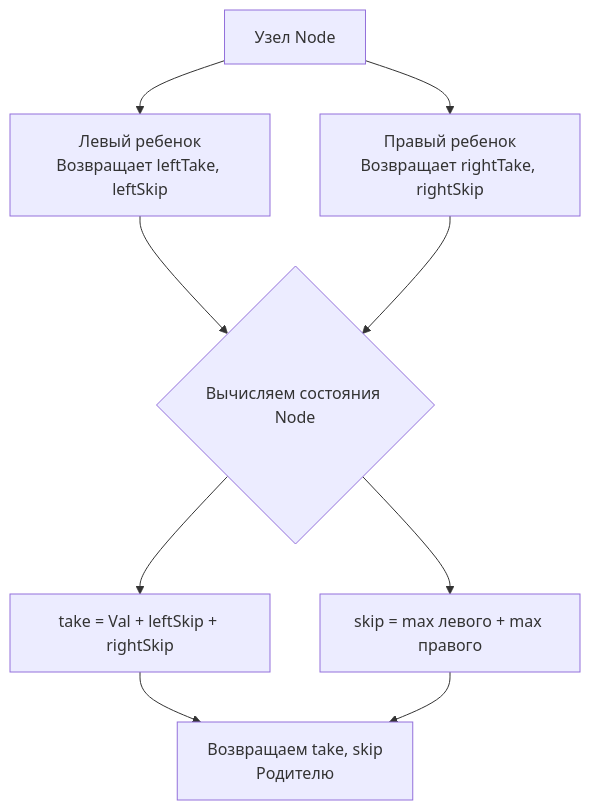
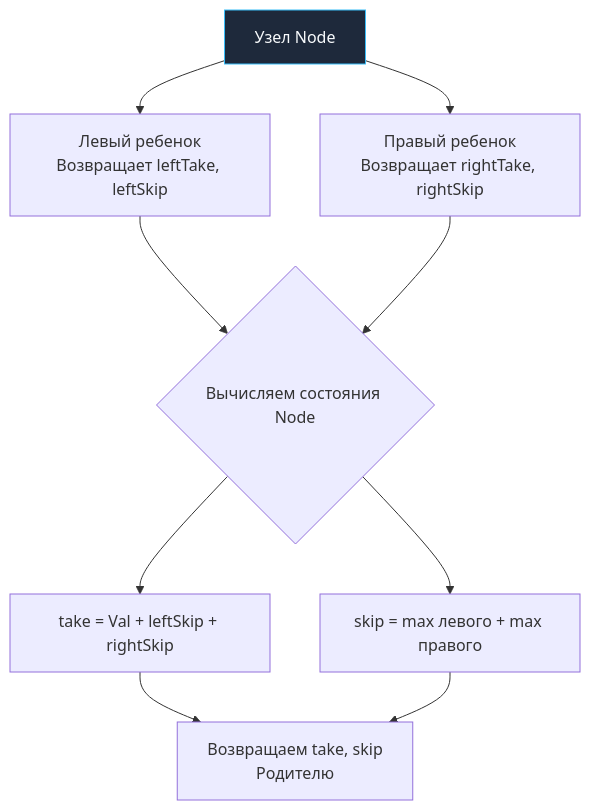
One commit to UnrealTemplier/go-textbook changed the diagram in sources/21. Задачи с LeetCode и собеседований на Go/02. Задачи/21. Динамическое программирование на деревьях/3. House Robber III.md. Above: the diagram before and after it, drawn with Mermaid. The commit also changed 1666 other files, not shown here.

First line of the commit message:
feat(mermaid): add semantic color classDef to 1369 colorless flowchart/graph diagrams

````diff
--- a/sources/21. Задачи с LeetCode и собеседований на Go/02. Задачи/21. Динамическое программирование на деревьях/3. House Robber III.md
+++ b/sources/21. Задачи с LeetCode и собеседований на Go/02. Задачи/21. Динамическое программирование на деревьях/3. House Robber III.md
@@ -79,14 +79,24 @@
 ```mermaid
 flowchart TD
-    A["Узел Node"] --> B["Левый ребенок<br>Возвращает leftTake, leftSkip"]
+    classDef process  fill:#1e293b,stroke:#38bdf8,stroke-width:1px,color:#f8fafc
+    classDef success  fill:#064e3b,stroke:#34d399,stroke-width:1px,color:#f8fafc
+    classDef error    fill:#7f1d1d,stroke:#f87171,stroke-width:1px,color:#f8fafc
+    classDef warning  fill:#78350f,stroke:#fbbf24,stroke-width:1px,color:#f8fafc
+    classDef entry    fill:#1e3a5f,stroke:#38bdf8,stroke-width:2px,color:#f8fafc
+    classDef aux      fill:#334155,stroke:#64748b,stroke-width:1px,color:#f8fafc
+    classDef system   fill:#312e81,stroke:#a78bfa,stroke-width:1px,color:#f8fafc
+    classDef data     fill:#132d29,stroke:#2dd4bf,stroke-width:1px,color:#f8fafc
+    classDef network  fill:#881337,stroke:#fb7185,stroke-width:1px,color:#f8fafc
+    classDef accent   fill:#1e1b4b,stroke:#818cf8,stroke-width:1px,color:#f8fafc
+    A["Узел Node"]:::process --> B["Левый ребенок<br>Возвращает leftTake, leftSkip"]
     A --> C["Правый ребенок<br>Возвращает rightTake, rightSkip"]
     
     B --> D{"Вычисляем состояния Node"}
     C --> D
     
     D --> E["take = Val + leftSkip + rightSkip"]
     D --> F["skip = max левого + max правого"]
     
     E --> G["Возвращаем take, skip<br>Родителю"]
     F --> G
 ```
````
